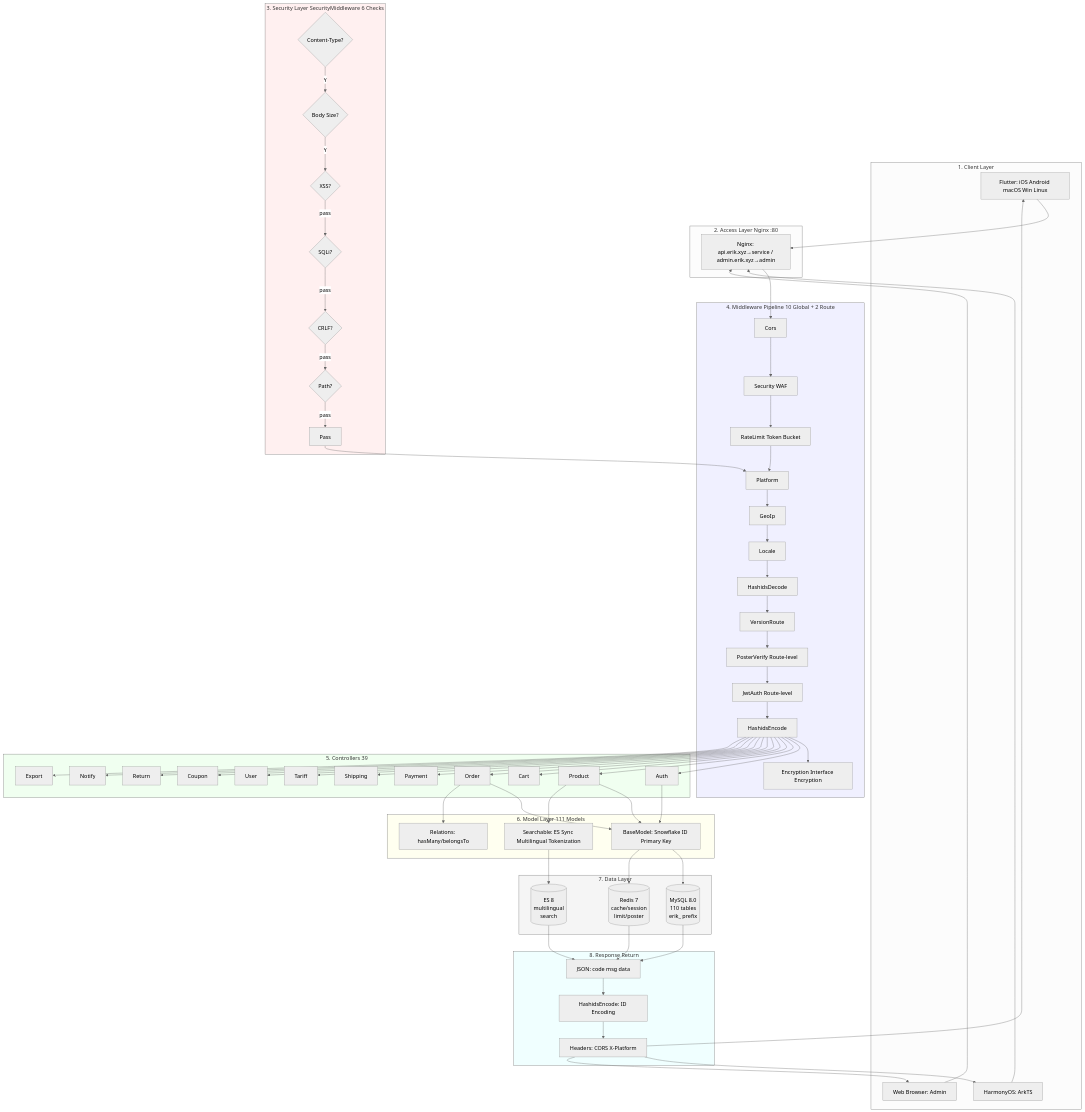
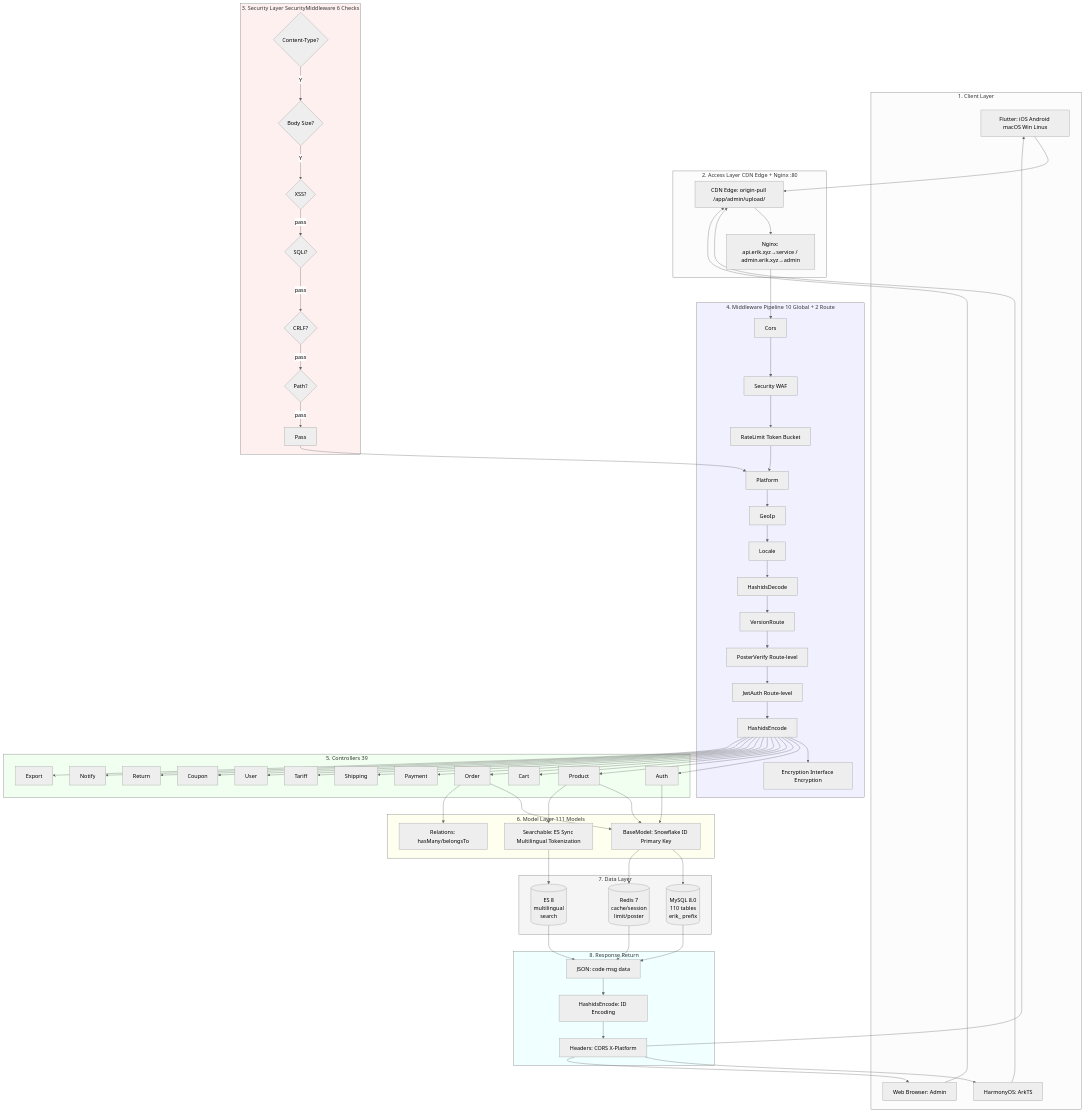
One commit to erikwang2013/erik-shop changed the second of 6 diagrams in docs/i18n/en/architecture-full.md. Above: the diagram before and after it, drawn with Mermaid (neutral theme). The commit also changed other lines of this file and 191 other files, not shown here.

First line of the commit message:
v1.2.0：CDN 内容分发接入（Origin-Pull 回源 + 四大云厂商适配 + 管理端配置/刷新/日志 + 上传持久化 + 全文档与12语言i18n同步 + Crypto 捐赠图文入库）

````diff
--- a/docs/i18n/en/architecture-full.md
+++ b/docs/i18n/en/architecture-full.md
@@ -71,73 +73,75 @@
 ```mermaid
 graph TB
     subgraph Clients["1. Client Layer"]
         FL[Flutter: iOS Android macOS Win Linux]
         HM[HarmonyOS: ArkTS]
         WB[Web Browser: Admin]
     end
-    subgraph Gateway["2. Access Layer Nginx :80"]
-        NG[Nginx: api.erik.xyz→service / admin.erik.xyz→admin]
+    subgraph Gateway["2. Access Layer CDN Edge + Nginx :80"]
+        CDN["CDN Edge: origin-pull /app/admin/upload/"]
+        NG["Nginx: api.erik.xyz→service / admin.erik.xyz→admin"]
     end
     subgraph Security["3. Security Layer SecurityMiddleware 6 Checks"]
         CT{Content-Type?} -->|Y| BS{Body Size?}
         BS -->|Y| XS{XSS?}
         XS -->|pass| SQ{SQLi?}
         SQ -->|pass| CR{CRLF?}
         CR -->|pass| PT{Path?}
         PT -->|pass| PASS[Pass]
     end
     subgraph Pipeline["4. Middleware Pipeline 10 Global + 2 Route"]
         CORS[Cors] --> SEC[Security WAF]
         SEC --> RATE[RateLimit Token Bucket]
         RATE --> PLAT[Platform]
         PLAT --> GEO[GeoIp]
         GEO --> LOC[Locale]
         LOC --> HDEC[HashidsDecode]
         HDEC --> VER[VersionRoute]
         VER --> POSTV[PosterVerify Route-level]
         POSTV --> JWT[JwtAuth Route-level]
         JWT --> HENC[HashidsEncode]
         HENC --> ENC[Encryption Interface Encryption]
     end
     subgraph Controllers["5. Controllers 39"]
         AUTH[Auth] & PROD[Product] & CART[Cart]
         ORD[Order] & PAY[Payment] & SHIP[Shipping]
         TARI[Tariff] & USER[User] & COUP[Coupon]
         RET[Return] & NOTI[Notify] & EXPORT[Export]
     end
     subgraph Models["6. Model Layer 111 Models"]
         BM[BaseModel: Snowflake ID Primary Key]
         REL[Relations: hasMany/belongsTo]
         SRCH[Searchable: ES Sync Multilingual Tokenization]
     end
     subgraph Data["7. Data Layer"]
         MySQL[(MySQL 8.0<br/>110 tables<br/>erik_ prefix)]
         Redis[(Redis 7<br/>cache/session<br/>limit/poster)]
         ES[(ES 8<br/>multilingual<br/>search)]
     end
     subgraph Response["8. Response Return"]
         JSON[JSON: code msg data]
         OUTENC[HashidsEncode: ID Encoding]
         HEADERS[Headers: CORS X-Platform]
     end
 
-    FL & HM & WB --> NG
+    FL & HM & WB --> CDN
+    CDN --> NG
     NG --> CORS
     PASS --> PLAT
     HENC --> AUTH & PROD & CART & ORD & PAY & SHIP & TARI & USER & COUP & RET & NOTI & EXPORT
     AUTH & PROD & ORD --> BM
     ORD --> REL
     PROD --> SRCH
     BM --> MySQL & Redis
     SRCH --> ES
     MySQL & Redis & ES --> JSON
     JSON --> OUTENC --> HEADERS
     HEADERS --> FL & HM & WB
 
     style Security fill:#fff0f0
     style Pipeline fill:#f0f0ff
     style Controllers fill:#f0fff0
     style Models fill:#fffff0
     style Data fill:#f5f5f5
     style Response fill:#f0ffff
 ```
````
